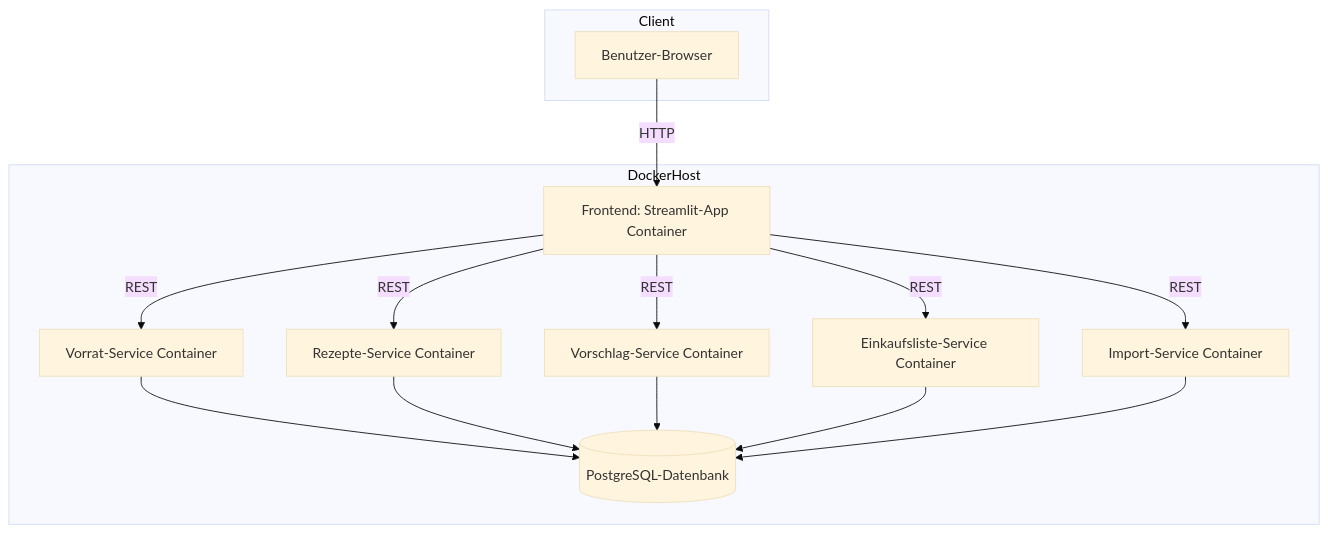
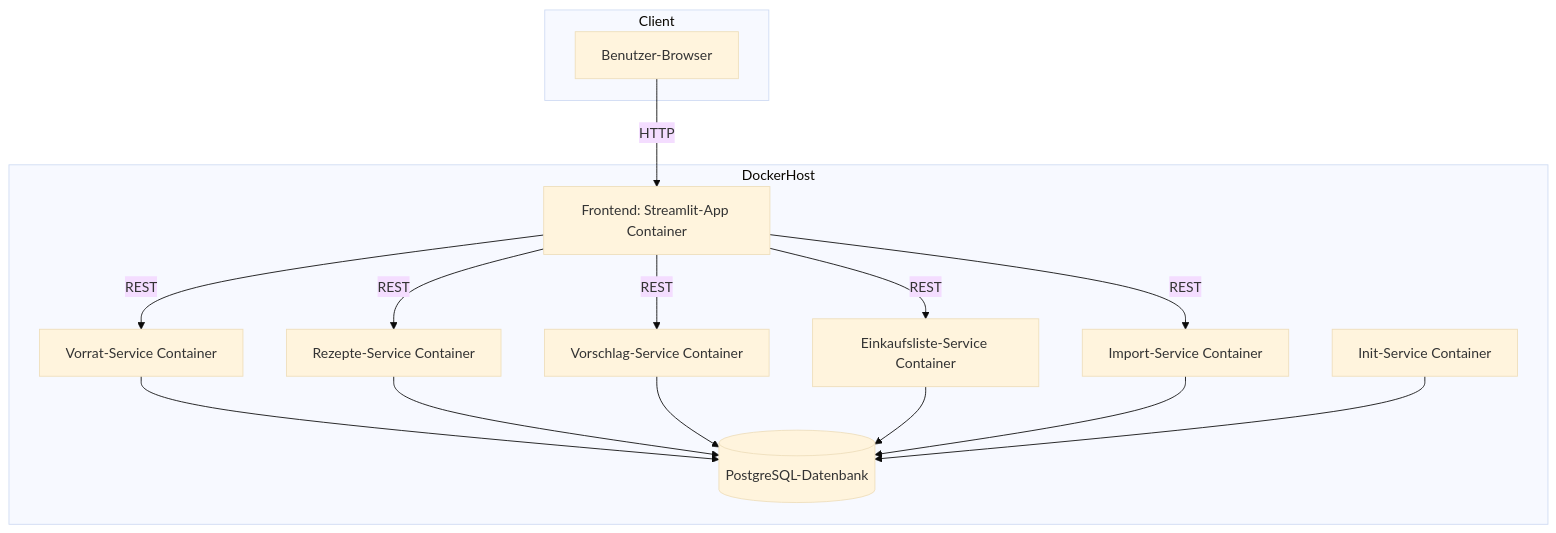
One commit to EikAlex/Kochbuch-APP changed the fourth of 4 diagrams in README.md. Above: the diagram before and after it, drawn with Mermaid (base theme). The commit also changed other lines of this file, not shown here.

````diff
--- a/README.md
+++ b/README.md
@@ -341,32 +354,34 @@
 ```mermaid
 graph TD
     subgraph Client
         Browser[Benutzer-Browser]
     end
 
     subgraph DockerHost
         Streamlit[Frontend: Streamlit-App Container]
 
         Vorrat[Vorrat-Service Container]
         Rezepte[Rezepte-Service Container]
         Vorschlag[Vorschlag-Service Container]
         Einkaufsliste[Einkaufsliste-Service Container]
         Import[Import-Service Container]
+        Init[Init-Service Container]
 
         Postgres[(PostgreSQL-Datenbank)]
     end
 
     Browser -->|HTTP| Streamlit
 
     Streamlit -->|REST| Vorrat
     Streamlit -->|REST| Rezepte
     Streamlit -->|REST| Vorschlag
     Streamlit -->|REST| Einkaufsliste
     Streamlit -->|REST| Import
 
     Vorrat --> Postgres
     Rezepte --> Postgres
     Vorschlag --> Postgres
     Einkaufsliste --> Postgres
     Import --> Postgres
+    Init --> Postgres
 ```
````
